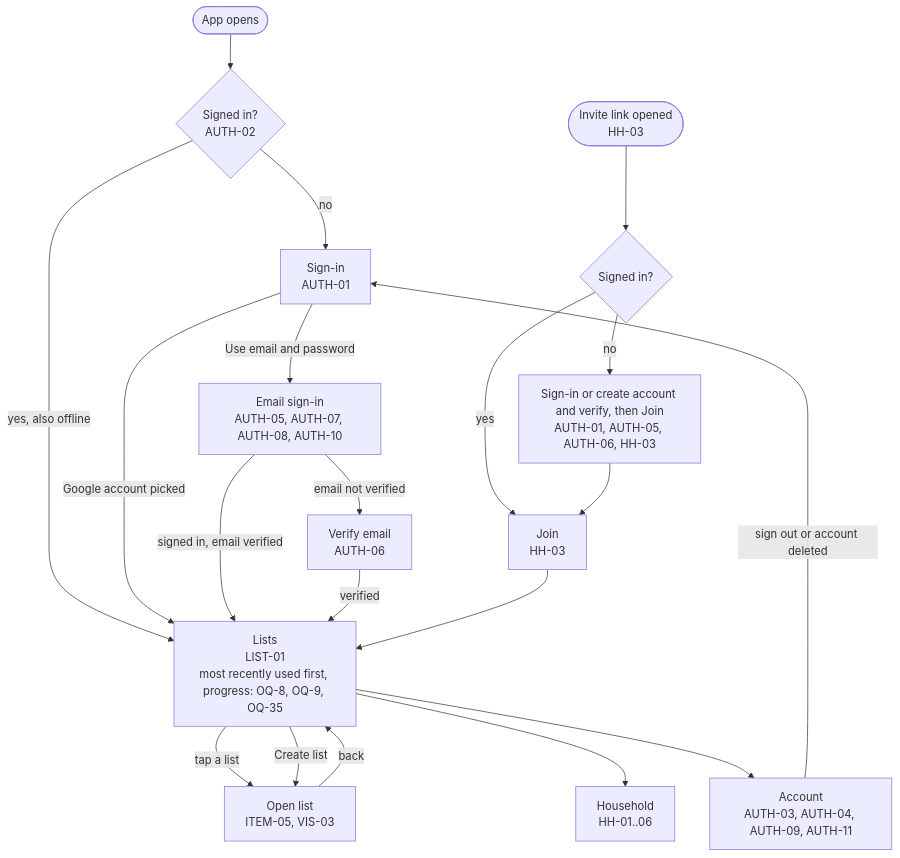
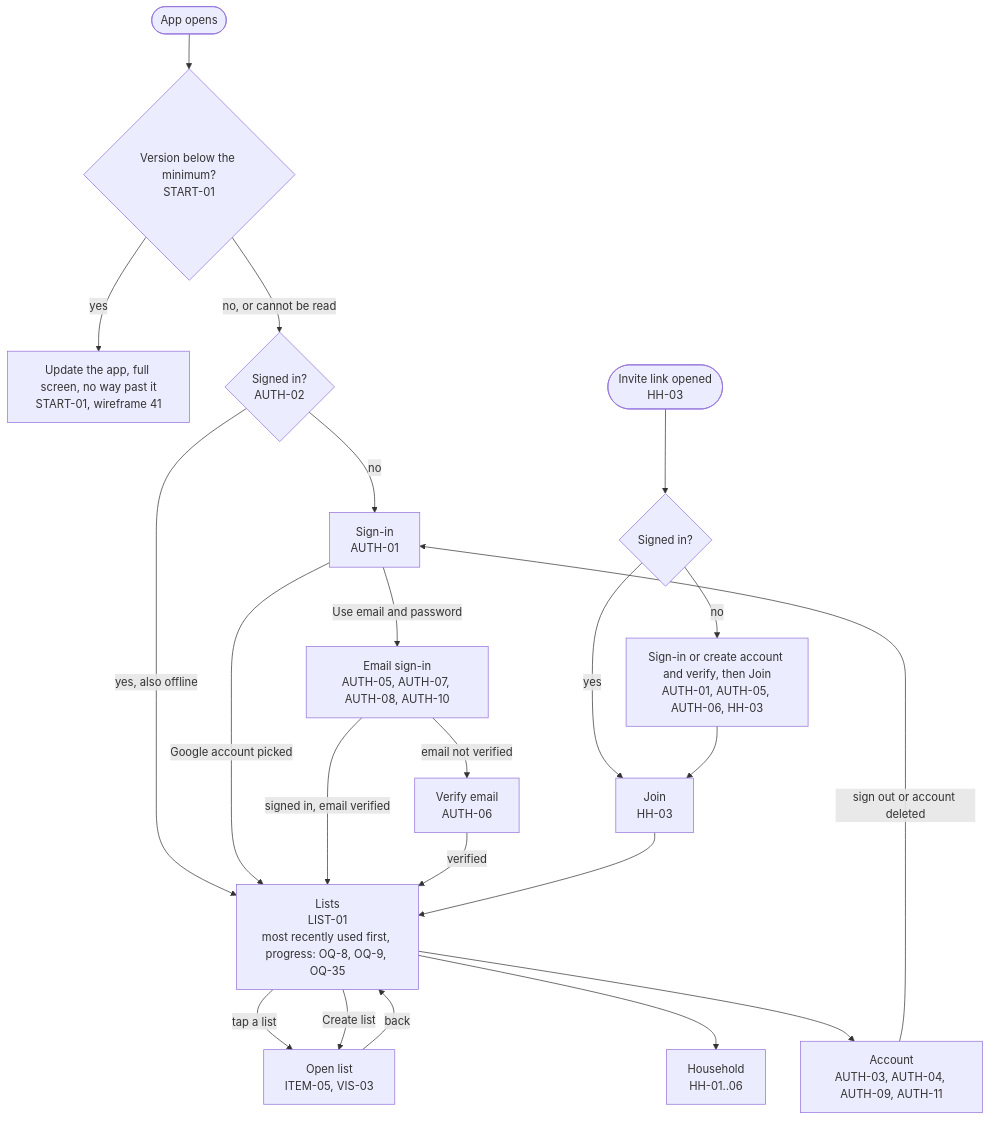
Before and after one commit to bondo/listicles2: the first of 11 diagrams in docs/product/flow.md, drawn with Mermaid. The commit also changed other lines of this file and 1 other file, not shown here.

First line of the commit message:
docs: stories and flow for the M1 UI wording (AUTH-12, START-01, confirmations, texts)

````diff
--- a/docs/product/flow.md
+++ b/docs/product/flow.md
@@ -31,22 +31,24 @@
 ```mermaid
 flowchart TD
-    start(["App opens"]) --> signed{"Signed in?<br>AUTH-02"}
+    start(["App opens"]) --> gate{"Version below the minimum?<br>START-01"}
+    gate -- "yes" --> upd["Update the app, full screen, no way past it<br>START-01, wireframe 41"]
+    gate -- "no, or cannot be read" --> signed{"Signed in?<br>AUTH-02"}
     signed -- "no" --> signin["Sign-in<br>AUTH-01"]
     signed -- "yes, also offline" --> lists["Lists<br>LIST-01<br>most recently used first, progress: OQ-8, OQ-9, OQ-35"]
     signin -- "Google account picked" --> lists
     signin -- "Use email and password" --> email["Email sign-in<br>AUTH-05, AUTH-07, AUTH-08, AUTH-10"]
     email -- "signed in, email verified" --> lists
     email -- "email not verified" --> verify["Verify email<br>AUTH-06"]
     verify -- "verified" --> lists
     link(["Invite link opened<br>HH-03"]) --> signed2{"Signed in?"}
     signed2 -- "no" --> signin2["Sign-in or create account and verify, then Join<br>AUTH-01, AUTH-05, AUTH-06, HH-03"]
     signed2 -- "yes" --> join["Join<br>HH-03"]
     signin2 --> join
     join --> lists
     lists -- "tap a list" --> open["Open list<br>ITEM-05, VIS-03"]
     lists -- "Create list" --> open
     lists --> household["Household<br>HH-01..06"]
     lists --> account["Account<br>AUTH-03, AUTH-04, AUTH-09, AUTH-11"]
     open -- "back" --> lists
     account -- "sign out or account deleted" --> signin
 ```
````
